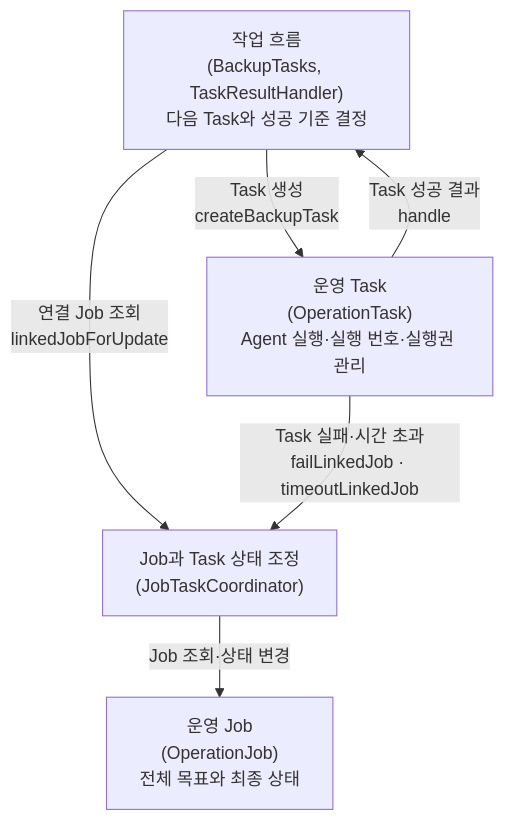
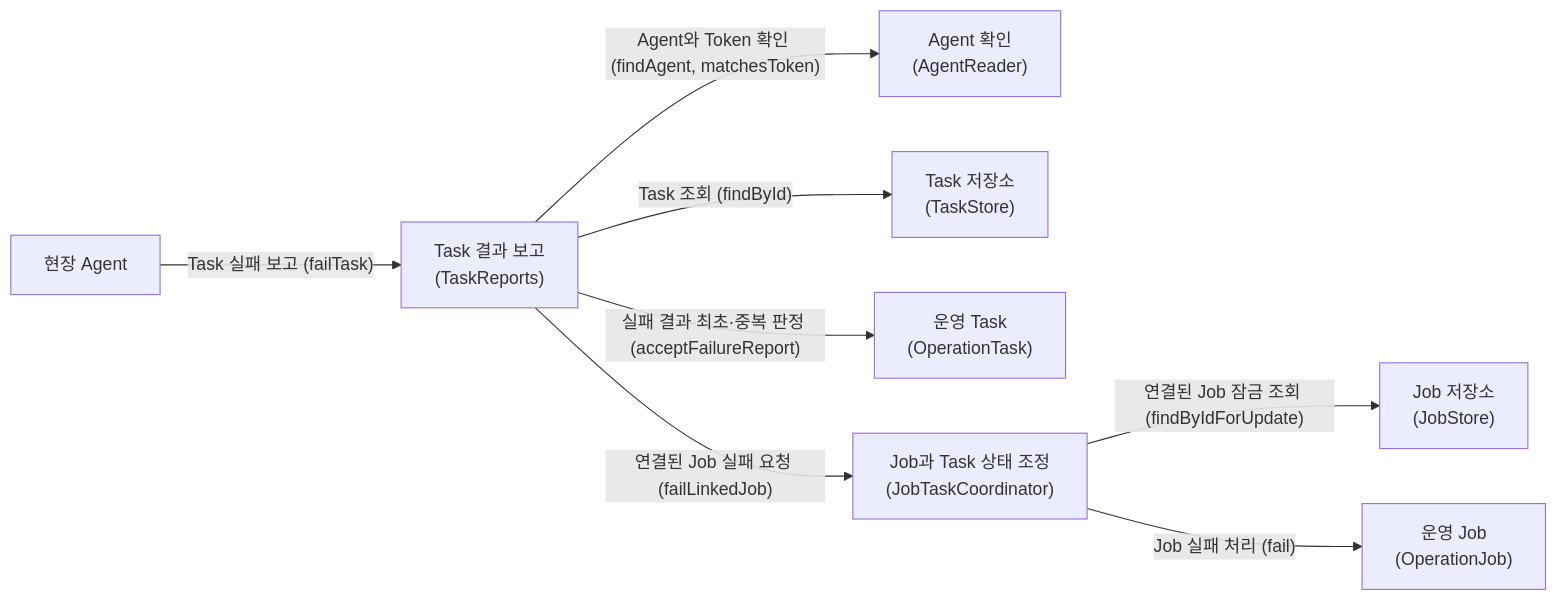
Before and after one commit to hsjni0110/db-fleet-ops: the ninth of 10 diagrams in docs/diagram/도메인 의존 관계.md, drawn with Mermaid. The commit also changed other lines of this file and 291 other files, not shown here.

````diff
--- a/docs/diagram/도메인 의존 관계.md
+++ b/docs/diagram/도메인 의존 관계.md
@@ -59,13 +177,19 @@
 ```mermaid
-flowchart TD
-    JOB["운영 Job<br/>(OperationJob)<br/>전체 목표와 최종 상태"]
-    WORKFLOW["작업 흐름<br/>(BackupTasks, TaskResultHandler)<br/>다음 Task와 성공 기준 결정"]
-    TASK["운영 Task<br/>(OperationTask)<br/>Agent 실행·실행 번호·실행권 관리"]
+flowchart LR
+    AGENT[현장 Agent]
+    REPORTS["Task 결과 보고<br/>(TaskReports)"]
+    AGENTS["Agent 확인<br/>(AgentReader)"]
+    STORE["Task 저장소<br/>(TaskStore)"]
+    TASK["운영 Task<br/>(OperationTask)"]
     COORDINATOR["Job과 Task 상태 조정<br/>(JobTaskCoordinator)"]
+    JOB_STORE["Job 저장소<br/>(JobStore)"]
+    JOB["운영 Job<br/>(OperationJob)"]
 
-    WORKFLOW -->|연결 Job 조회<br/>linkedJobForUpdate| COORDINATOR
-    WORKFLOW -->|Task 생성<br/>createBackupTask| TASK
-    TASK -->|Task 성공 결과<br/>handle| WORKFLOW
-    TASK -->|Task 실패·시간 초과<br/>failLinkedJob · timeoutLinkedJob| COORDINATOR
-    COORDINATOR -->|Job 조회·상태 변경| JOB
+    AGENT -->|"Task 실패 보고 (failTask)"| REPORTS
+    REPORTS -->|"Agent와 Token 확인 (findAgent, matchesToken)"| AGENTS
+    REPORTS -->|"Task 조회 (findById)"| STORE
+    REPORTS -->|"실패 결과 최초·중복 판정 (acceptFailureReport)"| TASK
+    REPORTS -->|"연결된 Job 실패 요청 (failLinkedJob)"| COORDINATOR
+    COORDINATOR -->|"연결된 Job 잠금 조회 (findByIdForUpdate)"| JOB_STORE
+    COORDINATOR -->|"Job 실패 처리 (fail)"| JOB
 ```
````
